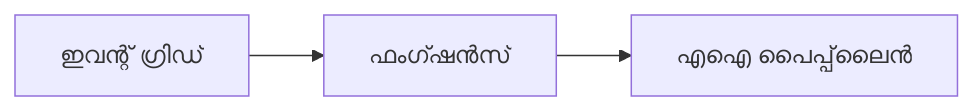
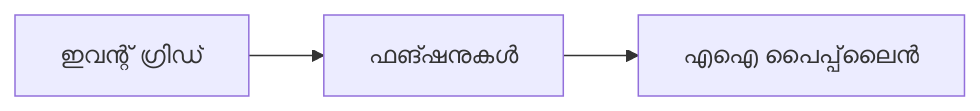
The second of 2 diagrams in translations/ml/docs/chapter-08-production/README.md (microsoft/AZD-for-beginners), drawn with Mermaid before and after one commit. The commit also changed other lines of this file and 59 other files, not shown here.

````diff
--- a/translations/ml/docs/chapter-08-production/README.md
+++ b/translations/ml/docs/chapter-08-production/README.md
@@ -57,4 +57,4 @@
 ```mermaid
 graph LR
-    EventGrid[ഇവന്റ് ഗ്രിഡ്] --> Functions[ഫംഗ്ഷൻസ്] --> Pipeline[എഐ പൈപ്പ്‌ലൈൻ]
+    EventGrid[ഇവന്റ് ഗ്രിഡ്] --> Functions[ഫങ്ഷനുകൾ] --> Pipeline[എഐ പൈപ്പ്‌ലൈൻ]
 ```
````
